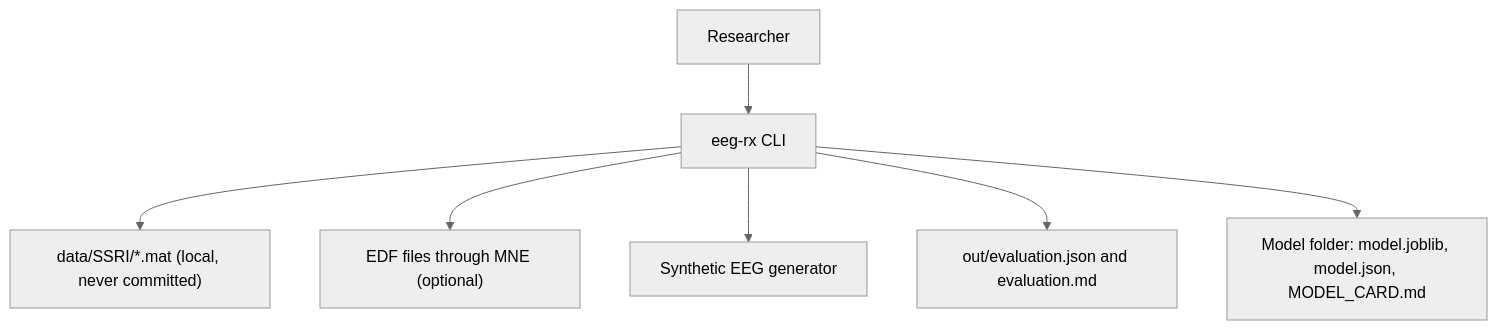
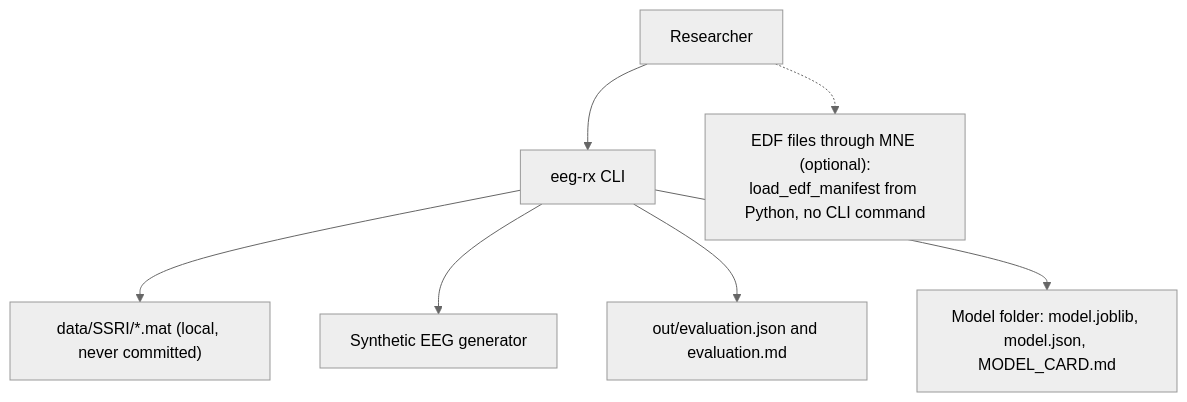
Before and after one commit to KrishnaAnnavaram/eeg-rx: the third of 18 diagrams in README.md, drawn with Mermaid (neutral theme). The commit also changed other lines of this file, not shown here.

Commit message:
Add the workflow diagrams to the README

````diff
--- a/README.md
+++ b/README.md
@@ -146,9 +190,9 @@
 ```mermaid
 flowchart TB
     R["Researcher"] --> CLI["eeg-rx CLI"]
     CLI --> MAT["data/SSRI/*.mat (local, never committed)"]
-    CLI --> EDF["EDF files through MNE (optional)"]
+    R -.-> EDF["EDF files through MNE (optional):<br/>load_edf_manifest from Python, no CLI command"]
     CLI --> SYN["Synthetic EEG generator"]
     CLI --> REP["out/evaluation.json and evaluation.md"]
     CLI --> MOD["Model folder: model.joblib, model.json, MODEL_CARD.md"]
 ```
````
